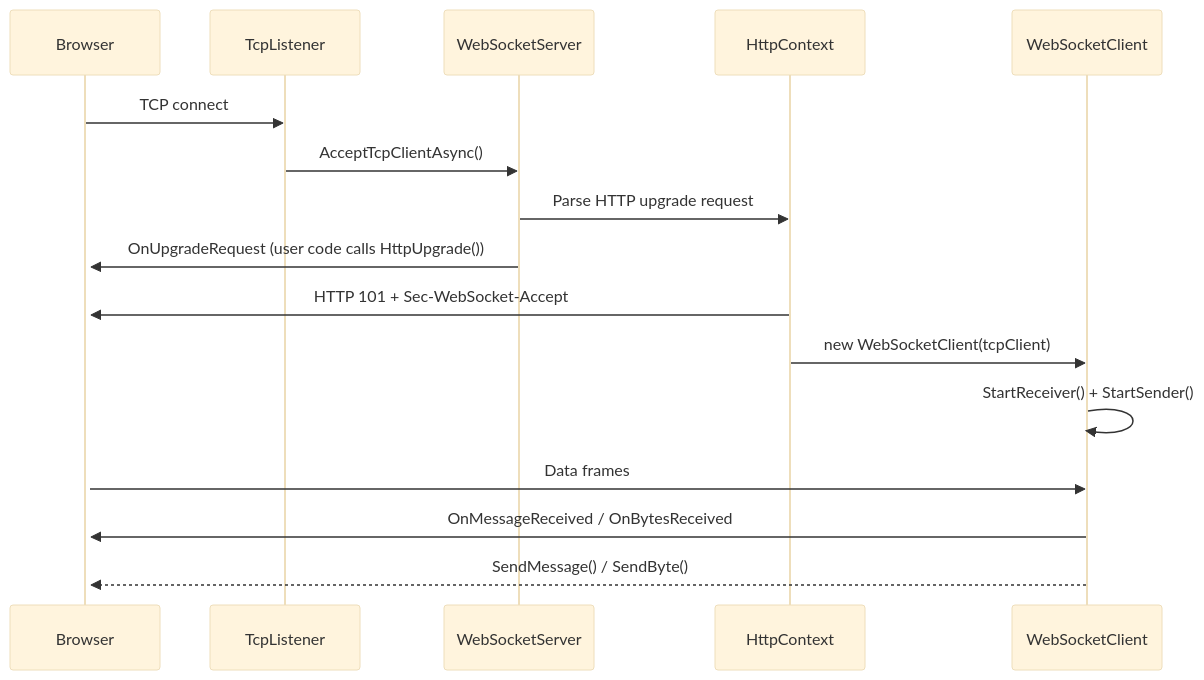
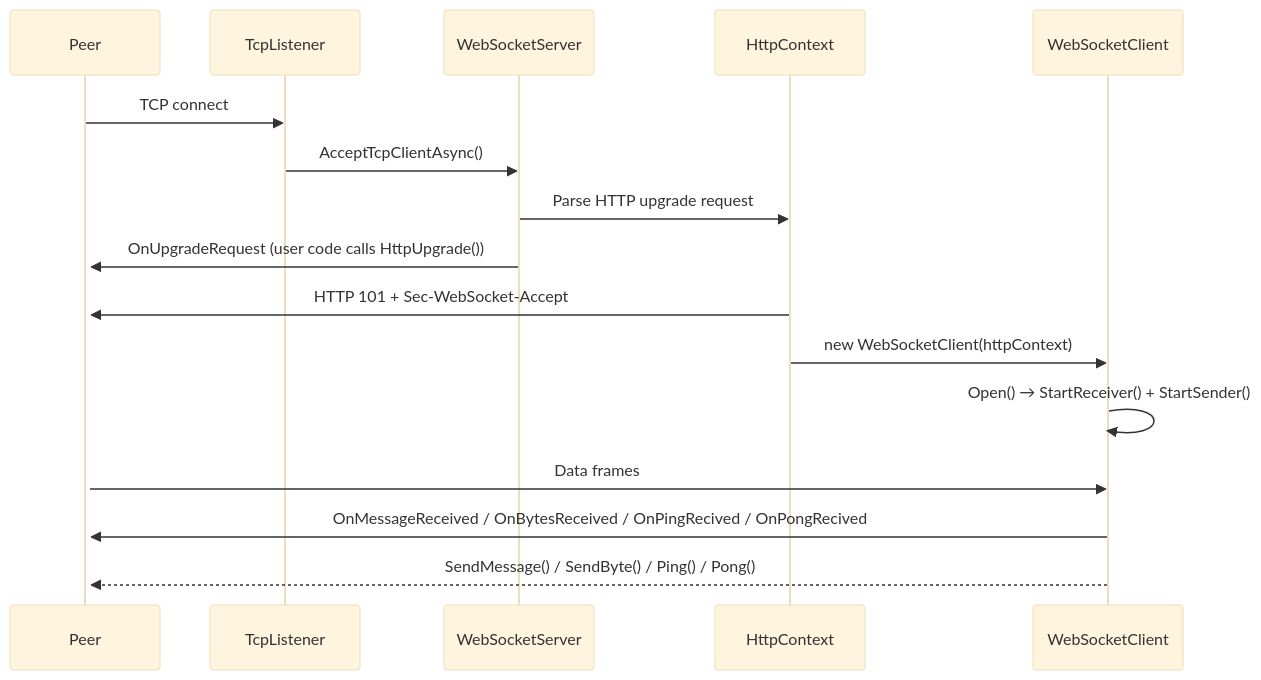
Before and after one commit to lhzcm/LHZ.WebSocket: the diagram in README.md, drawn with Mermaid (base theme). The commit also changed other lines of this file and 11 other files, not shown here.

````diff
--- a/README.md
+++ b/README.md
@@ -165,19 +227,19 @@
 ```mermaid
 sequenceDiagram
-    participant Browser
+    participant Peer
     participant TcpListener
     participant WebSocketServer
     participant HttpContext
     participant WebSocketClient
 
-    Browser->>TcpListener: TCP connect
+    Peer->>TcpListener: TCP connect
     TcpListener->>WebSocketServer: AcceptTcpClientAsync()
     WebSocketServer->>HttpContext: Parse HTTP upgrade request
-    WebSocketServer->>+Browser: OnUpgradeRequest (user code calls HttpUpgrade())
-    HttpContext->>Browser: HTTP 101 + Sec-WebSocket-Accept
-    HttpContext->>WebSocketClient: new WebSocketClient(tcpClient)
-    WebSocketClient->>WebSocketClient: StartReceiver() + StartSender()
-    Browser->>WebSocketClient: Data frames
-    WebSocketClient->>Browser: OnMessageReceived / OnBytesReceived
-    WebSocketClient-->>Browser: SendMessage() / SendByte()
+    WebSocketServer->>+Peer: OnUpgradeRequest (user code calls HttpUpgrade())
+    HttpContext->>Peer: HTTP 101 + Sec-WebSocket-Accept
+    HttpContext->>WebSocketClient: new WebSocketClient(httpContext)
+    WebSocketClient->>WebSocketClient: Open() → StartReceiver() + StartSender()
+    Peer->>WebSocketClient: Data frames
+    WebSocketClient->>Peer: OnMessageReceived / OnBytesReceived / OnPingRecived / OnPongRecived
+    WebSocketClient-->>Peer: SendMessage() / SendByte() / Ping() / Pong()
 ```
````
